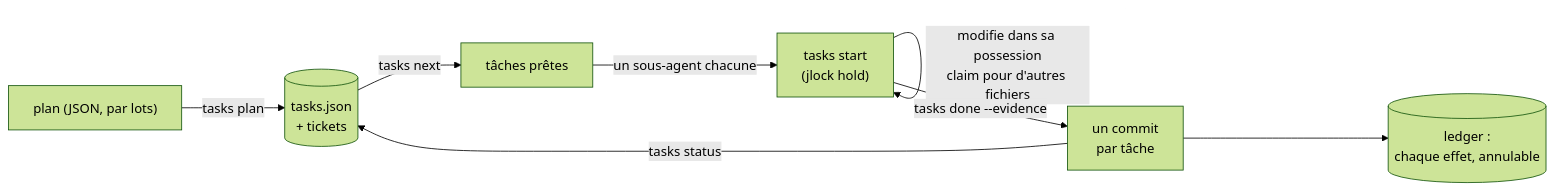
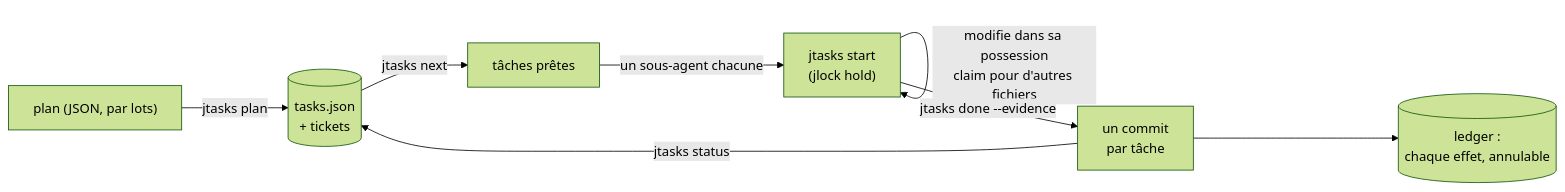
One commit to rodrigojager/jtasks changed the diagram in README.fr.md. Above: the diagram before and after it, drawn with Mermaid (forest theme). The commit also changed other lines of this file and 98 other files, not shown here.

````diff
--- a/README.fr.md
+++ b/README.fr.md
@@ -43,10 +43,10 @@
 ```mermaid
 flowchart LR
-  plan["plan (JSON, par lots)"] -->|tasks plan| list[("tasks.json\n+ tickets")]
-  list -->|tasks next| ready["tâches prêtes"]
-  ready -->|un sous-agent chacune| work["tasks start\n(jlock hold)"]
+  plan["plan (JSON, par lots)"] -->|jtasks plan| list[("tasks.json\n+ tickets")]
+  list -->|jtasks next| ready["tâches prêtes"]
+  ready -->|un sous-agent chacune| work["jtasks start\n(jlock hold)"]
   work -->|modifie dans sa possession\nclaim pour d'autres fichiers| work
-  work -->|tasks done --evidence| commit["un commit\npar tâche"]
+  work -->|jtasks done --evidence| commit["un commit\npar tâche"]
   commit --> ledger[("ledger :\nchaque effet, annulable")]
-  commit -->|tasks status| list
+  commit -->|jtasks status| list
 ```
````
